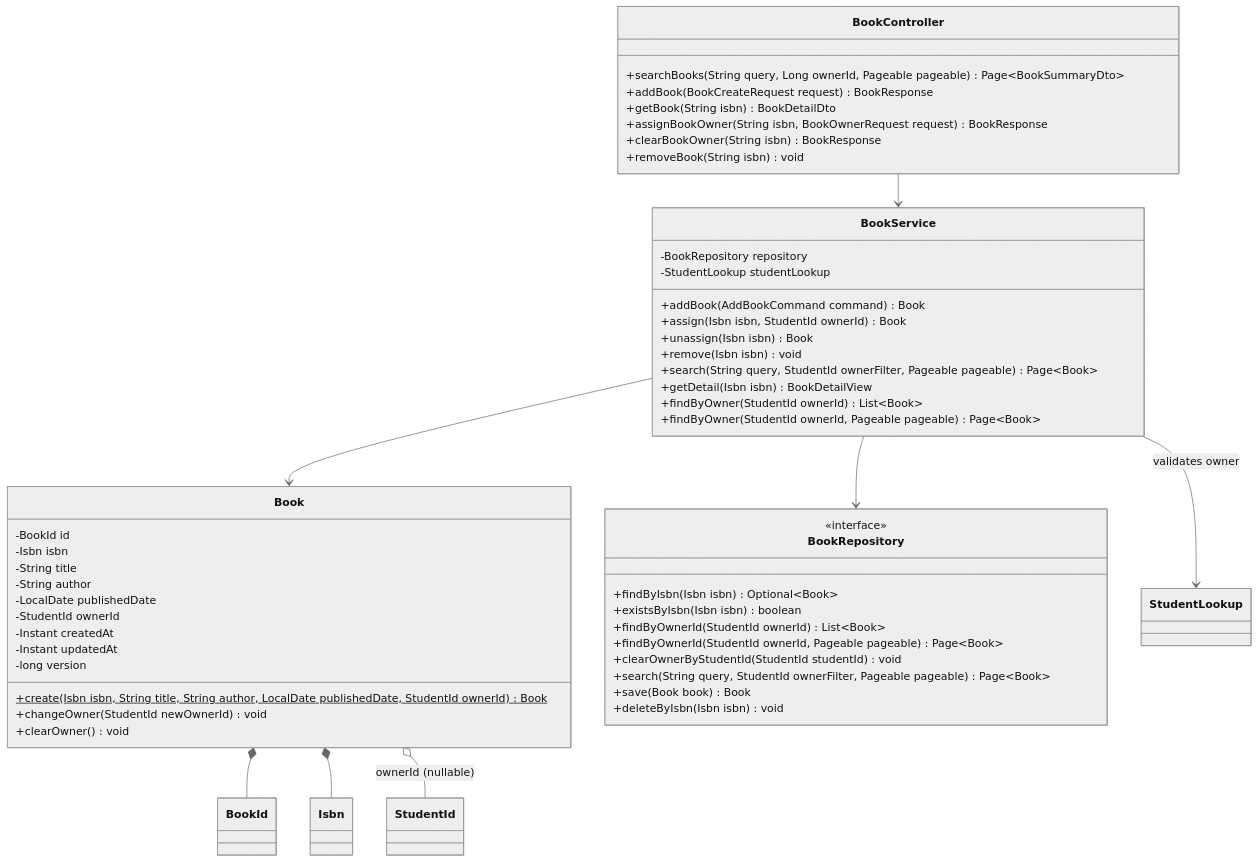
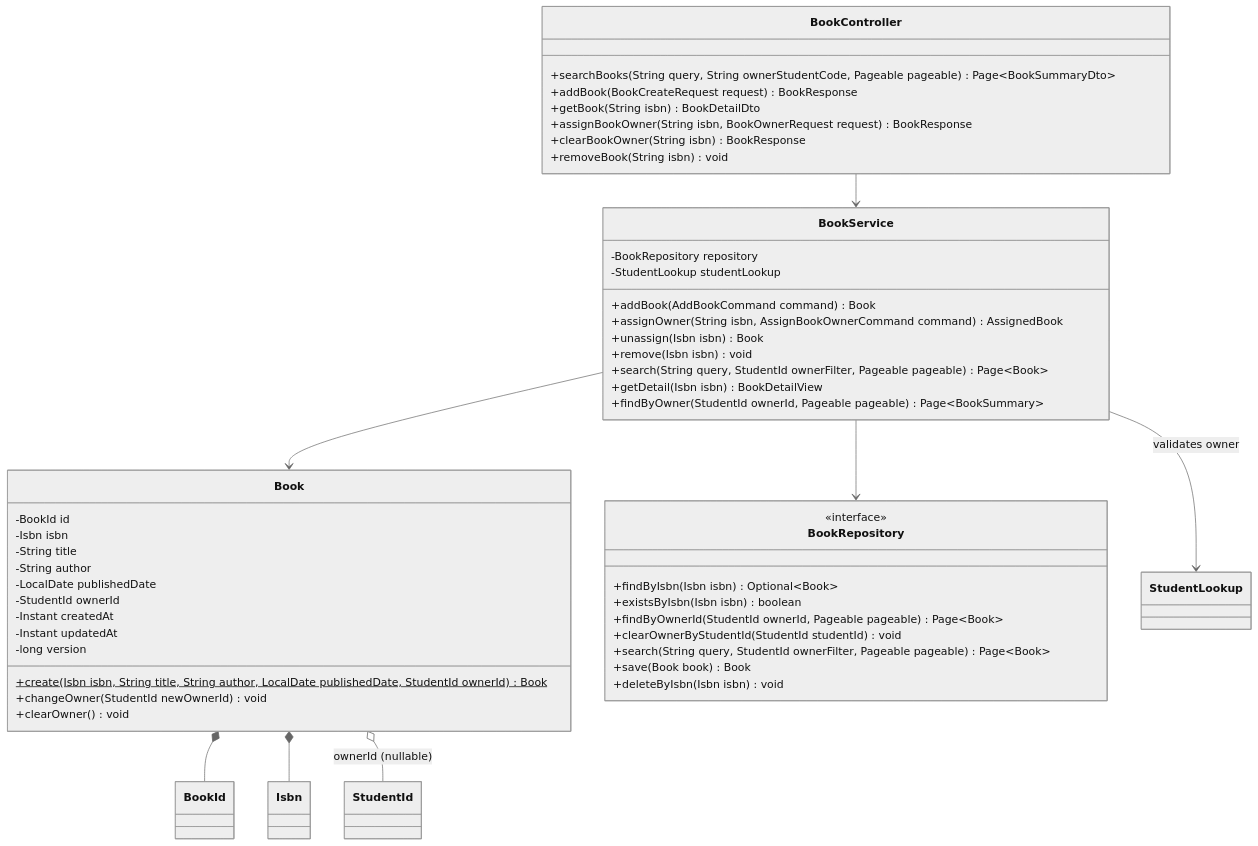
The fourth of 6 diagrams in docs/SA-docs/06-low-level-design.md (phuchoang2005/Student-Management-System), drawn with Mermaid (neutral theme) before and after one commit. The commit also changed other lines of this file and 241 other files, not shown here.

````diff
--- a/docs/SA-docs/06-low-level-design.md
+++ b/docs/SA-docs/06-low-level-design.md
@@ -393,55 +414,53 @@
 ```mermaid
 classDiagram
     class BookController {
-        +searchBooks(String query, Long ownerId, Pageable pageable) Page~BookSummaryDto~
+        +searchBooks(String query, String ownerStudentCode, Pageable pageable) Page~BookSummaryDto~
         +addBook(BookCreateRequest request) BookResponse
         +getBook(String isbn) BookDetailDto
         +assignBookOwner(String isbn, BookOwnerRequest request) BookResponse
         +clearBookOwner(String isbn) BookResponse
         +removeBook(String isbn) void
     }
     class BookService {
         -BookRepository repository
         -StudentLookup studentLookup
         +addBook(AddBookCommand command) Book
-        +assign(Isbn isbn, StudentId ownerId) Book
+        +assignOwner(String isbn, AssignBookOwnerCommand command) AssignedBook
         +unassign(Isbn isbn) Book
         +remove(Isbn isbn) void
         +search(String query, StudentId ownerFilter, Pageable pageable) Page~Book~
         +getDetail(Isbn isbn) BookDetailView
-        +findByOwner(StudentId ownerId) List~Book~
-        +findByOwner(StudentId ownerId, Pageable pageable) Page~Book~
+        +findByOwner(StudentId ownerId, Pageable pageable) Page~BookSummary~
     }
     class Book {
         -BookId id
         -Isbn isbn
         -String title
         -String author
         -LocalDate publishedDate
         -StudentId ownerId
         -Instant createdAt
         -Instant updatedAt
         -long version
         +create(Isbn isbn, String title, String author, LocalDate publishedDate, StudentId ownerId)$ Book
         +changeOwner(StudentId newOwnerId) void
         +clearOwner() void
     }
     class BookRepository {
         <<interface>>
         +findByIsbn(Isbn isbn) Optional~Book~
         +existsByIsbn(Isbn isbn) boolean
-        +findByOwnerId(StudentId ownerId) List~Book~
         +findByOwnerId(StudentId ownerId, Pageable pageable) Page~Book~
         +clearOwnerByStudentId(StudentId studentId) void
         +search(String query, StudentId ownerFilter, Pageable pageable) Page~Book~
         +save(Book book) Book
         +deleteByIsbn(Isbn isbn) void
     }
     BookController --> BookService
     BookService --> Book
     BookService --> BookRepository
     BookService --> StudentLookup : validates owner
     Book *-- BookId
     Book *-- Isbn
     Book o-- StudentId : ownerId (nullable)
 ```
````
